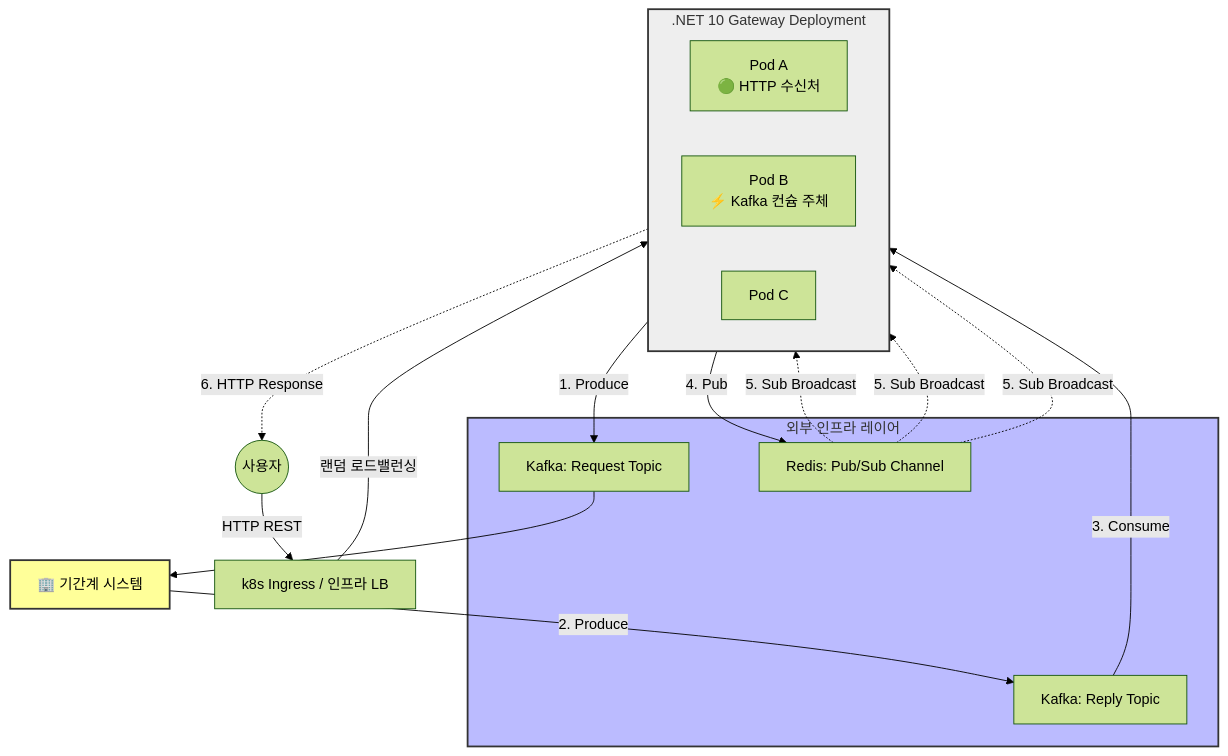
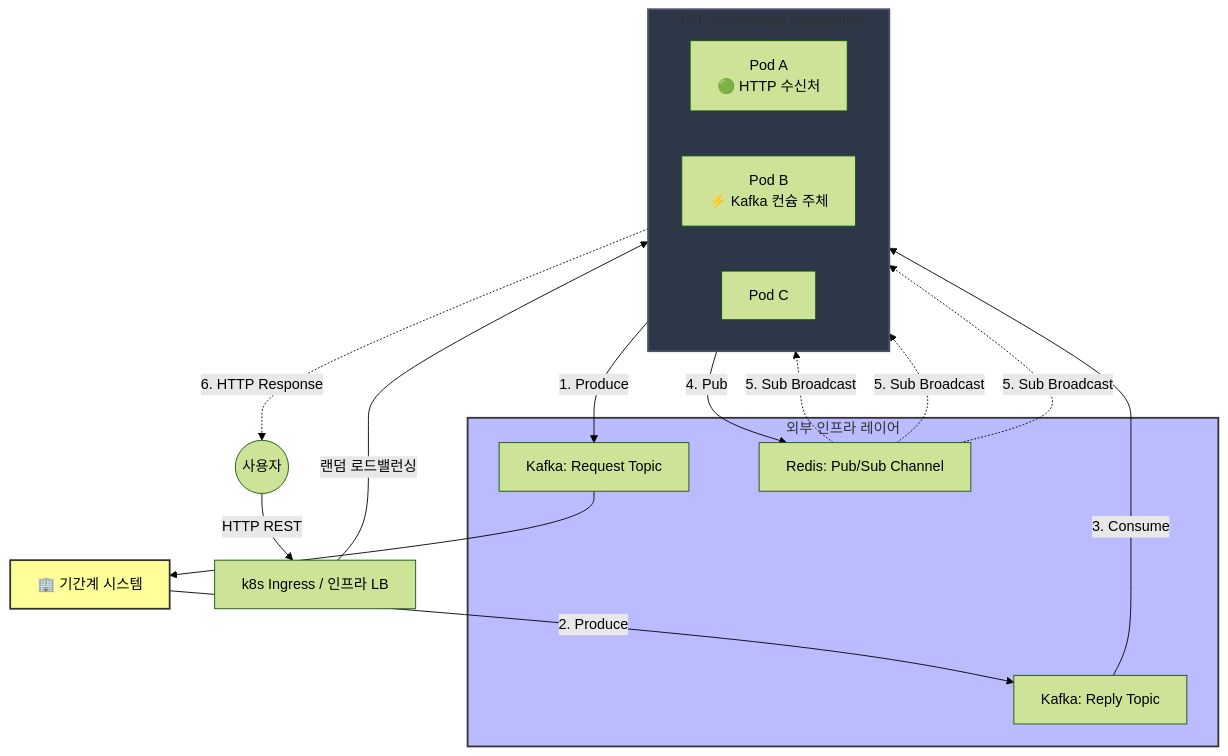
One commit to kongrtan/file4 changed the second of 2 diagrams in kafka-request-response.md. Above: the diagram before and after it, drawn with Mermaid (forest theme).

````diff
--- a/kafka-request-response.md
+++ b/kafka-request-response.md
@@ -38,45 +38,45 @@
 ```mermaid
 graph TD
     %% 외부 사용자 및 인그레스
     User((사용자)) -->|HTTP REST| Ingress[k8s Ingress / 인프라 LB]
 
     %% k8s Deployment 내부 (Replica 3)
     subgraph k8s_Deployment [.NET 10 Gateway Deployment]
         direction LR
         PodA[Pod A <br/> 🟢 HTTP 수신처] 
         PodB[Pod B <br/> ⚡ Kafka 컨슘 주체]
         PodC[Pod C]
     end
 
     %% 인그레스 라우팅
     Ingress -->|랜덤 로드밸런싱| PodA
 
     %% 외부 및 내부 메시지 브로커
     subgraph Infrastructure [외부 인프라 레이어]
         Kafka_REQ[Kafka: Request Topic]
         Kafka_REP[Kafka: Reply Topic]
         Redis_PS[Redis: Pub/Sub Channel]
     end
 
     %% 데이터 흐름 연결
     PodA -->|1. Produce| Kafka_REQ
     Kafka_REQ --> Legacy[🏢 기간계 시스템]
     Legacy -->|2. Produce| Kafka_REP
     
     %% Pod B가 컨슘하여 Redis로 전파
     Kafka_REP -->|3. Consume| PodB
     PodB -->|4. Pub| Redis_PS
 
     %% Redis가 모든 Pod로 브로드캐스트
     Redis_PS -.->|5. Sub Broadcast| PodA
     Redis_PS -.->|5. Sub Broadcast| PodB
     Redis_PS -.->|5. Sub Broadcast| PodC
 
     %% 최종 응답
     PodA -.->|6. HTTP Response| User
 
     %% 스타일링
-    style k8s_Deployment fill:#eeeeee,stroke:#333,stroke-width:2px
+    style k8s_Deployment fill:#2d3748,stroke:#4a5568,stroke-width:2px
     style Infrastructure fill:#bbf,stroke:#333,stroke-width:2px
     style Legacy fill:#ff9,stroke:#333,stroke-width:2px
 ```
````
